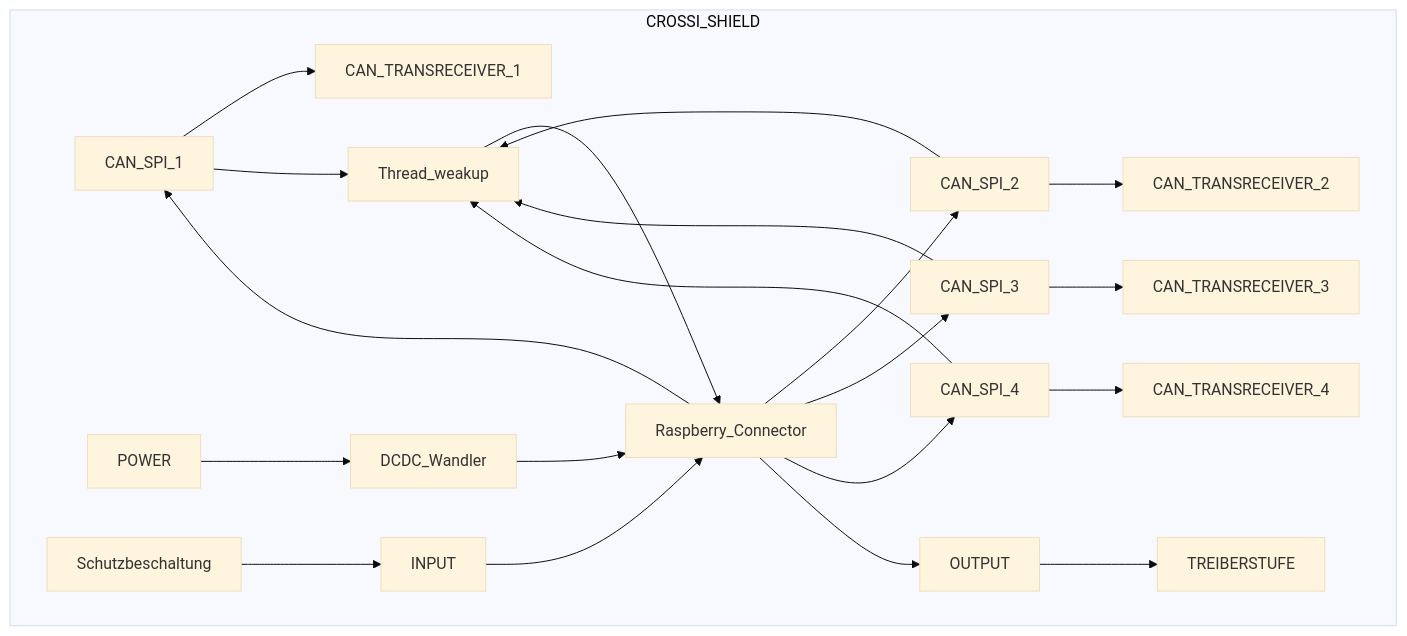
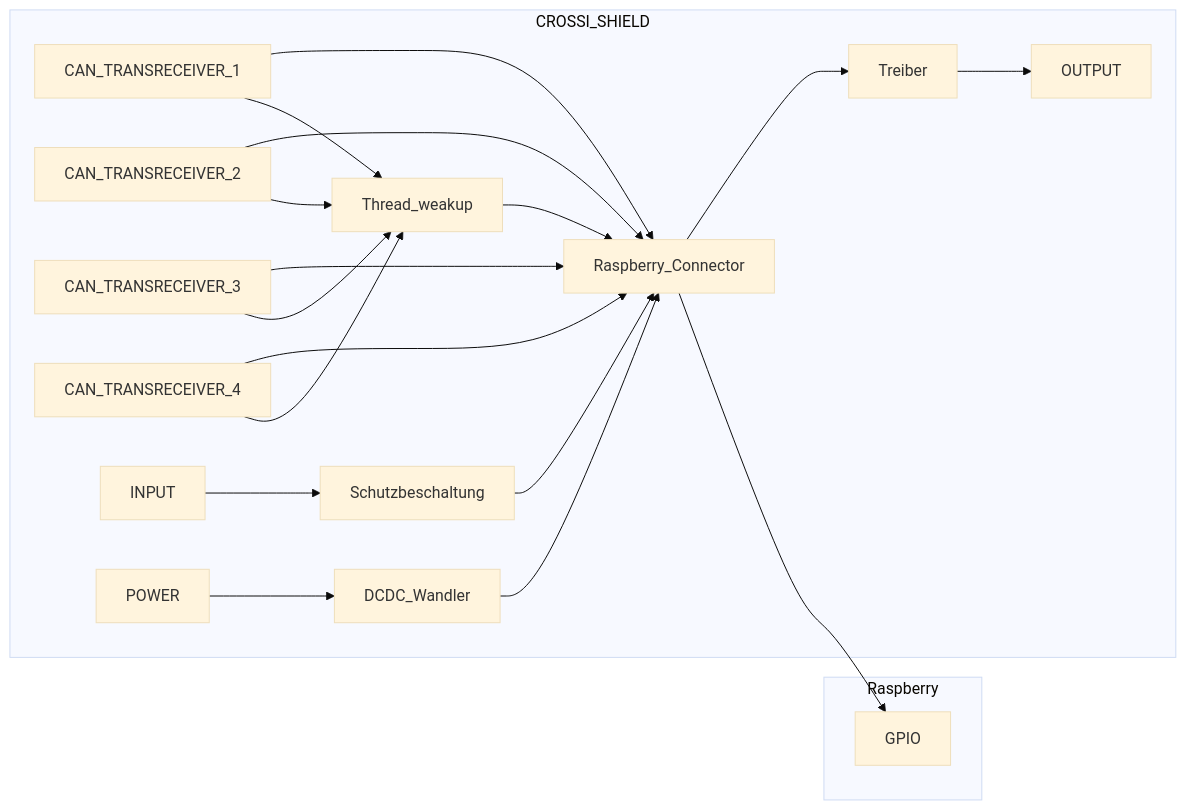
The diagram in docu/CROSSI_SHIELD.md (Oszimilian/CROSSI), drawn with Mermaid (base theme) before and after one commit. The commit also changed 1 other file, not shown here.

````diff
--- a/docu/CROSSI_SHIELD.md
+++ b/docu/CROSSI_SHIELD.md
@@ -1,34 +1,41 @@
 ```mermaid
-graph TD;
+graph LR;
+
+subgraph Raspberry
+
+    GPIO
+
+end
 
 subgraph CROSSI_SHIELD
-    CAN_SPI_1 --> CAN_TRANSRECEIVER_1
-    CAN_SPI_2 --> CAN_TRANSRECEIVER_2
-    CAN_SPI_3 --> CAN_TRANSRECEIVER_3
-    CAN_SPI_4 --> CAN_TRANSRECEIVER_4
 
-    Raspberry_Connector --> CAN_SPI_1
-    Raspberry_Connector --> CAN_SPI_2
-    Raspberry_Connector --> CAN_SPI_3
-    Raspberry_Connector --> CAN_SPI_4
-    Raspberry_Connector --> OUTPUT
-    INPUT --> Raspberry_Connector
 
+    CAN_TRANSRECEIVER_1 --> Raspberry_Connector
+    CAN_TRANSRECEIVER_2 --> Raspberry_Connector
+    CAN_TRANSRECEIVER_3 --> Raspberry_Connector
+    CAN_TRANSRECEIVER_4 --> Raspberry_Connector
+
+    CAN_TRANSRECEIVER_1 --> Thread_weakup
+    CAN_TRANSRECEIVER_2 --> Thread_weakup
+    CAN_TRANSRECEIVER_3 --> Thread_weakup
+    CAN_TRANSRECEIVER_4 --> Thread_weakup
+    Thread_weakup --> Raspberry_Connector
+
+    Raspberry_Connector --> Treiber
+    Treiber --> OUTPUT
+
+    INPUT --> Schutzbeschaltung
+    Schutzbeschaltung --> Raspberry_Connector
+    
     POWER --> DCDC_Wandler
     DCDC_Wandler --> Raspberry_Connector
-
-    Schutzbeschaltung --> INPUT
-    OUTPUT --> TREIBERSTUFE
-
-    Thread_weakup --> Raspberry_Connector
-
-    CAN_SPI_1 --> Thread_weakup
-    CAN_SPI_2 --> Thread_weakup
-    CAN_SPI_3 --> Thread_weakup
-    CAN_SPI_4 --> Thread_weakup
-
-    
+ 
 end
 
 
+
+Raspberry_Connector --> GPIO
+
+
+
 ```
````
